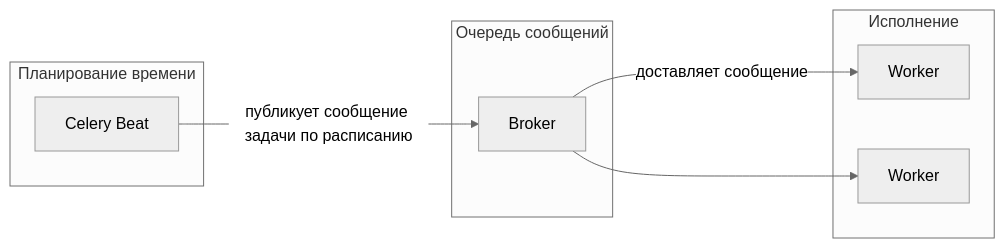
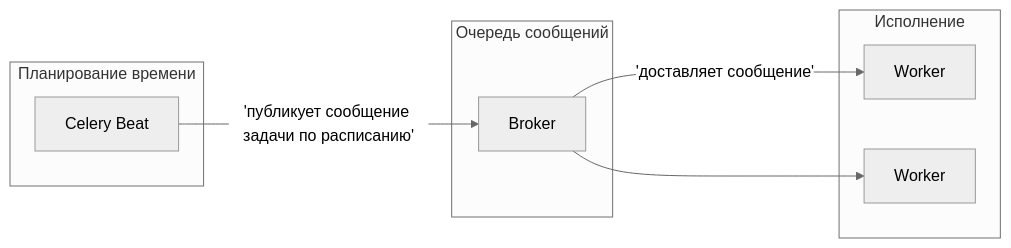
The first of 2 diagrams in directions/services/celery/pact/11_scheduling_i_periodicheskie_zadachi/09_11_skvoznaya_skhema_kto_kogo_zapuskaet.md (DDoSKudya/ai-study-atlas), drawn with Mermaid (neutral theme) before and after one commit. The commit also changed 81 other files, not shown here.

Commit message:
fix(docs): make mermaid diagrams GitHub-compatible across directions content

````diff
--- a/directions/services/celery/pact/11_scheduling_i_periodicheskie_zadachi/09_11_skvoznaya_skhema_kto_kogo_zapuskaet.md
+++ b/directions/services/celery/pact/11_scheduling_i_periodicheskie_zadachi/09_11_skvoznaya_skhema_kto_kogo_zapuskaet.md
@@ -6,16 +6,16 @@
 ```mermaid
 flowchart LR
     subgraph Scheduler["Планирование времени"]
         B["Celery Beat"]
     end
     subgraph Messaging["Очередь сообщений"]
         Q["Broker"]
     end
     subgraph Execution["Исполнение"]
         W1["Worker"]
         W2["Worker"]
     end
-    B -->|"публикует сообщение задачи по расписанию"| Q
-    Q -->|"доставляет сообщение"| W1
+    B -->|'публикует сообщение задачи по расписанию'| Q
+    Q -->|'доставляет сообщение'| W1
     Q --> W2
 ```
````
